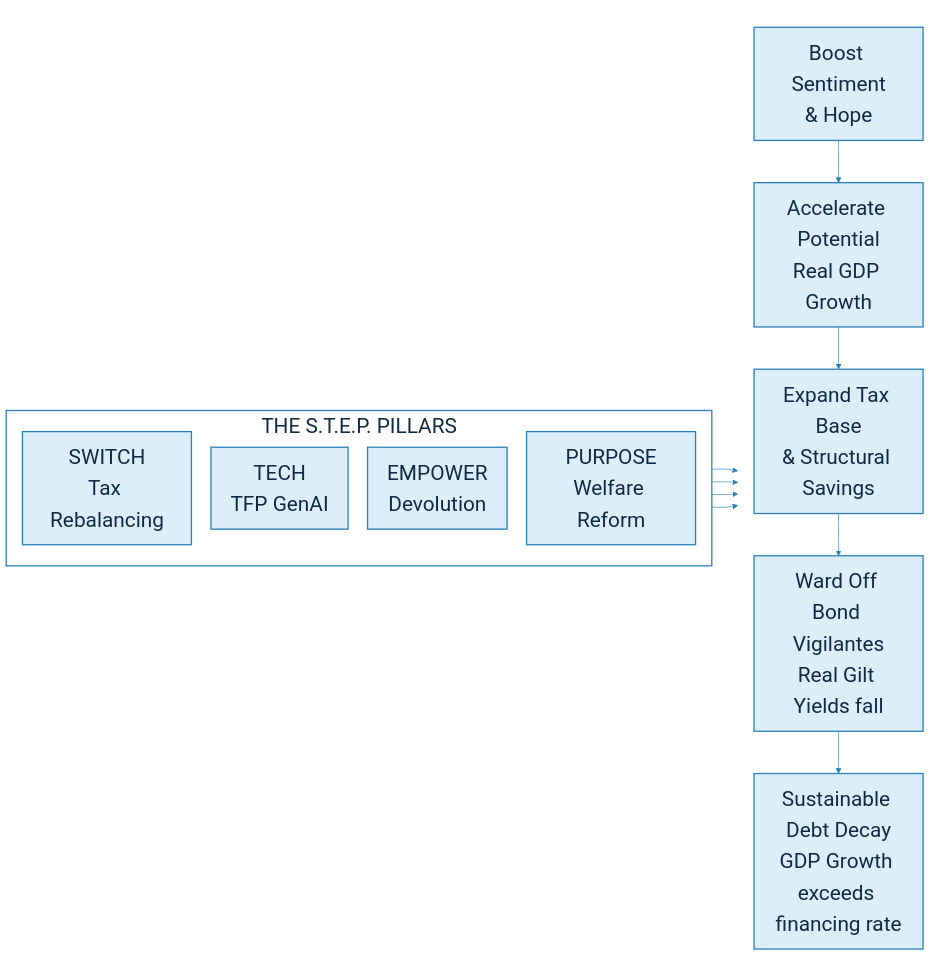
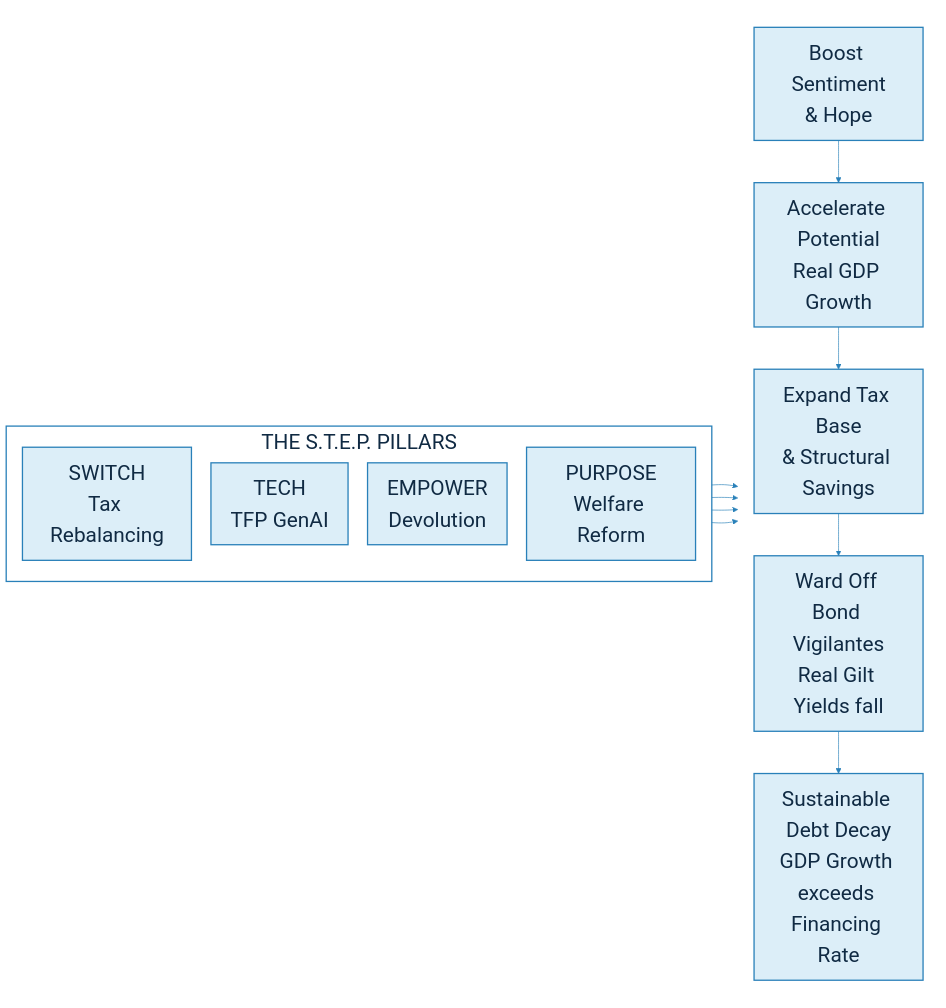
The diagram in macro/stepforward.qmd (sphannah/sphannah.github.io), drawn with Mermaid before and after one commit. The commit also changed other lines of this file and 2 other files, not shown here.

````diff
--- a/macro/stepforward.qmd
+++ b/macro/stepforward.qmd
@@ -49,55 +49,55 @@
 ```{mermaid}
 %%{init: {
   'theme': 'base',
   'themeVariables': {
     'fontSize': '32px',
     'fontFamily': 'Arial, sans-serif',
     'primaryColor': '#dceef8',
     'primaryTextColor': '#102a43',
     'primaryBorderColor': '#2980b9',
     'lineColor': '#2980b9',
     'edgeLabelBackground': '#ffffff',
     'clusterBkg': 'transparent',
     'clusterBorder': '#2980b9'
   },
   'flowchart': {
     'htmlLabels': true,
     'nodeSpacing': 30,
     'rankSpacing': 40
   }
 }}%%
 
 flowchart LR
     subgraph STEP["THE S.T.E.P. PILLARS"]
         direction TB
         S["SWITCH<br/>Tax Rebalancing"]
         T["TECH<br/>TFP GenAI"]
         E["EMPOWER<br/>Devolution"]
         P["PURPOSE<br/>Welfare Reform"]
     end
 
     S --> Hope
     T --> Hope
     E --> Hope
     P --> Hope
 
     subgraph CYCLE[" "]
         direction TB
         Hope["Boost Sentiment<br/>& Hope"]
         Growth["Accelerate Potential<br/>Real GDP Growth"]
         TaxBase["Expand Tax Base<br/>& Structural Savings"]
         Vigilantes["Ward Off Bond Vigilantes<br/>Real Gilt Yields fall"]
-        Decay["Sustainable Debt Decay<br/>GDP Growth exceeds financing rate"]
+        Decay["Sustainable Debt Decay<br/>GDP Growth exceeds Financing Rate"]
 
         Hope --> Growth
         Growth --> TaxBase
         TaxBase --> Vigilantes
         Vigilantes --> Decay
     end
 
     classDef processBox fill:#dceef8,stroke:#2980b9,stroke-width:2px,color:#102a43;
     class S,T,E,P,Hope,Growth,TaxBase,Vigilantes,Decay processBox;
 
     style STEP fill:transparent,stroke:#2980b9,stroke-width:2px,color:#102a43
     style CYCLE fill:transparent,stroke:none
 ```
````
